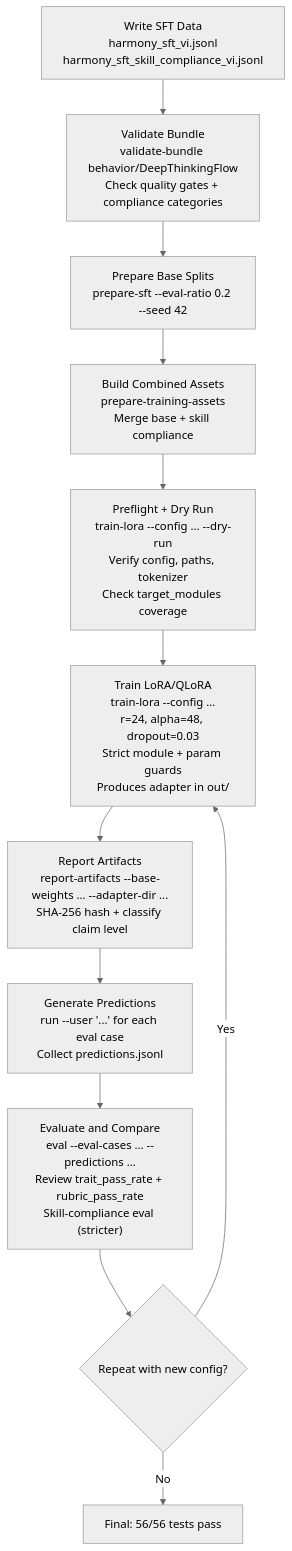
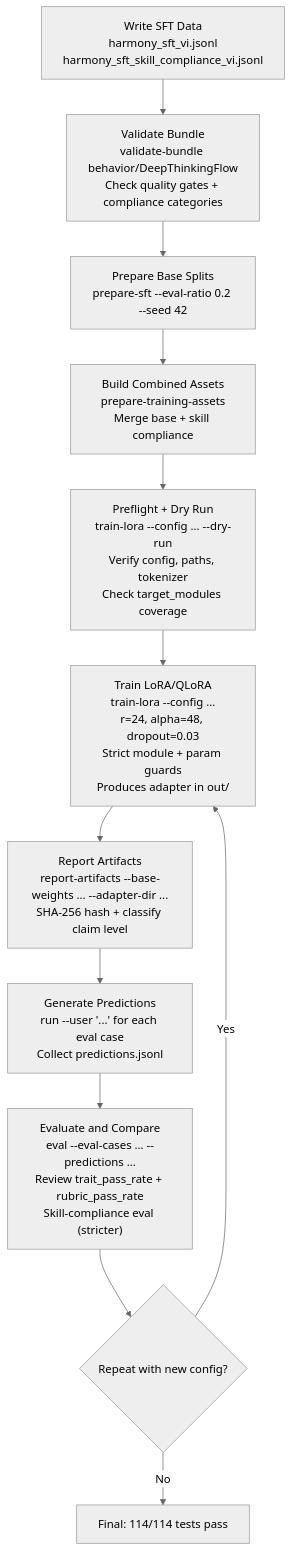
One commit to DeepThinkingFlow/DeepThinkingFlow-AI changed the ninth of 14 diagrams in README.md. Above: the diagram before and after it, drawn with Mermaid (neutral theme). The commit also changed other lines of this file and 15 other files, not shown here.

````diff
--- a/README.md
+++ b/README.md
@@ -828,15 +873,15 @@
 ```mermaid
 flowchart TD
     A["Write SFT Data<br/>harmony_sft_vi.jsonl<br/>harmony_sft_skill_compliance_vi.jsonl"]
     A --> B["Validate Bundle<br/>validate-bundle behavior/DeepThinkingFlow<br/>Check quality gates + compliance categories"]
     B --> C["Prepare Base Splits<br/>prepare-sft --eval-ratio 0.2 --seed 42"]
     C --> D["Build Combined Assets<br/>prepare-training-assets<br/>Merge base + skill compliance"]
     D --> E["Preflight + Dry Run<br/>train-lora --config ... --dry-run<br/>Verify config, paths, tokenizer<br/>Check target_modules coverage"]
     E --> F["Train LoRA/QLoRA<br/>train-lora --config ...<br/>r=24, alpha=48, dropout=0.03<br/>Strict module + param guards<br/>Produces adapter in out/"]
     F --> G["Report Artifacts<br/>report-artifacts --base-weights ... --adapter-dir ...<br/>SHA-256 hash + classify claim level"]
     G --> H["Generate Predictions<br/>run --user '...' for each eval case<br/>Collect predictions.jsonl"]
     H --> I["Evaluate and Compare<br/>eval --eval-cases ... --predictions ...<br/>Review trait_pass_rate + rubric_pass_rate<br/>Skill-compliance eval (stricter)"]
     I --> J{"Repeat with new config?"}
     J -- Yes --> F
-    J -- No --> K["Final: 56/56 tests pass"]
+    J -- No --> K["Final: 114/114 tests pass"]
 ```
````
